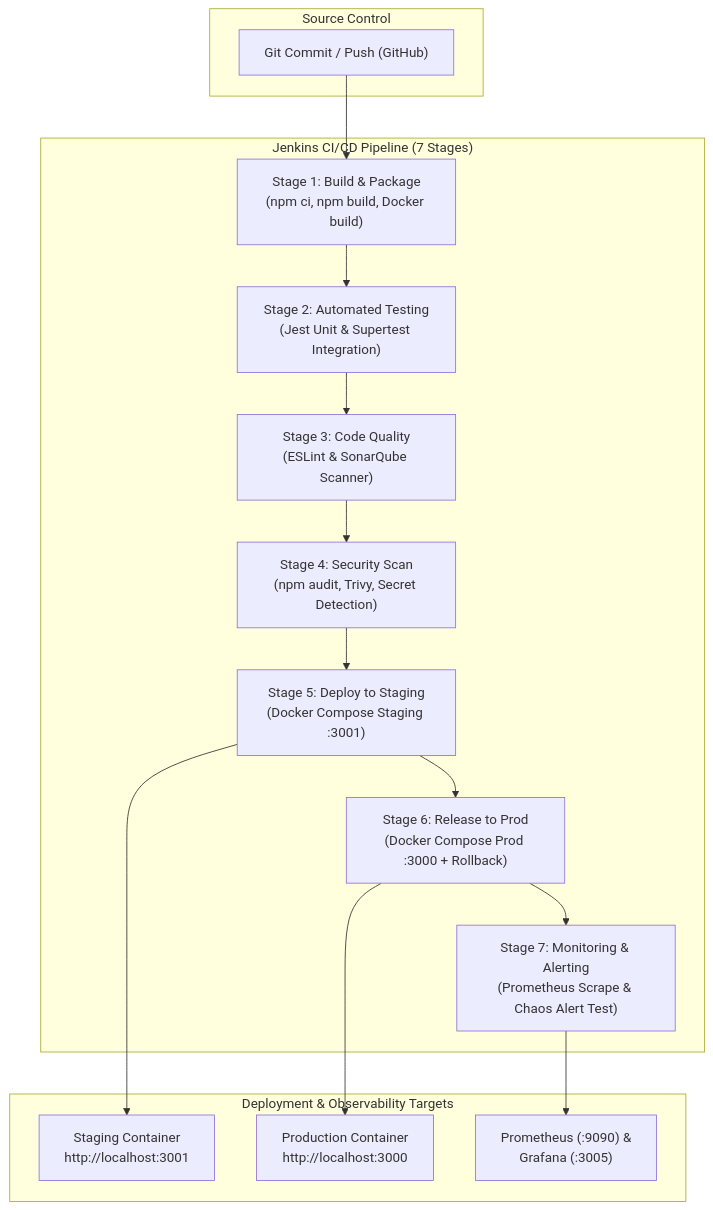
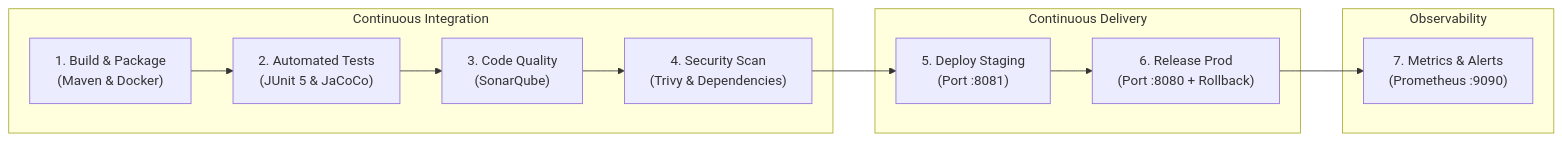
One commit to satish-nulaka/opsnexus changed the diagram in SUBMISSION_REPORT.md. Above: the diagram before and after it, drawn with Mermaid. The commit also changed other lines of this file and 45 other files, not shown here.

Commit message:
feat: migrate project to Java 17 and Spring Boot 3 with 7-stage Jenkins pipeline

````diff
--- a/SUBMISSION_REPORT.md
+++ b/SUBMISSION_REPORT.md
@@ -42,33 +24,17 @@
 ```mermaid
-flowchart TD
-    subgraph SCM["Source Control"]
-        GIT["Git Commit / Push (GitHub)"]
+flowchart LR
+    subgraph CI["Continuous Integration"]
+        S1["1. Build & Package\n(Maven & Docker)"] --> S2["2. Automated Tests\n(JUnit 5 & JaCoCo)"]
+        S2 --> S3["3. Code Quality\n(SonarQube)"]
+        S3 --> S4["4. Security Scan\n(Trivy & Dependencies)"]
     end
 
-    subgraph Jenkins["Jenkins CI/CD Pipeline (7 Stages)"]
-        S1["Stage 1: Build & Package\n(npm ci, npm build, Docker build)"]
-        S2["Stage 2: Automated Testing\n(Jest Unit & Supertest Integration)"]
-        S3["Stage 3: Code Quality\n(ESLint & SonarQube Scanner)"]
-        S4["Stage 4: Security Scan\n(npm audit, Trivy, Secret Detection)"]
-        S5["Stage 5: Deploy to Staging\n(Docker Compose Staging :3001)"]
-        S6["Stage 6: Release to Prod\n(Docker Compose Prod :3000 + Rollback)"]
-        S7["Stage 7: Monitoring & Alerting\n(Prometheus Scrape & Chaos Alert Test)"]
+    subgraph CD["Continuous Delivery"]
+        S4 --> S5["5. Deploy Staging\n(Port :8081)"]
+        S5 --> S6["6. Release Prod\n(Port :8080 + Rollback)"]
     end
 
-    subgraph Environments["Deployment & Observability Targets"]
-        STG["Staging Container\nhttp://localhost:3001"]
-        PRD["Production Container\nhttp://localhost:3000"]
-        MON["Prometheus (:9090) &\nGrafana (:3005)"]
+    subgraph Monitoring["Observability"]
+        S6 --> S7["7. Metrics & Alerts\n(Prometheus :9090)"]
     end
-
-    GIT --> S1
-    S1 --> S2
-    S2 --> S3
-    S3 --> S4
-    S4 --> S5
-    S5 --> STG
-    S5 --> S6
-    S6 --> PRD
-    S6 --> S7
-    S7 --> MON
 ```
````
